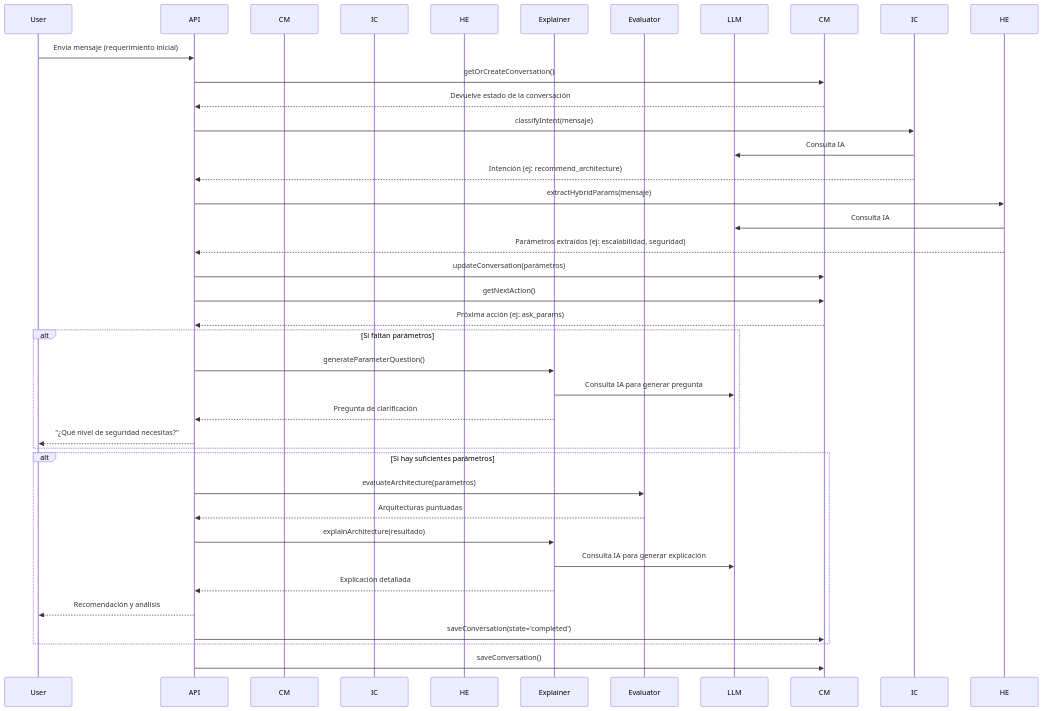
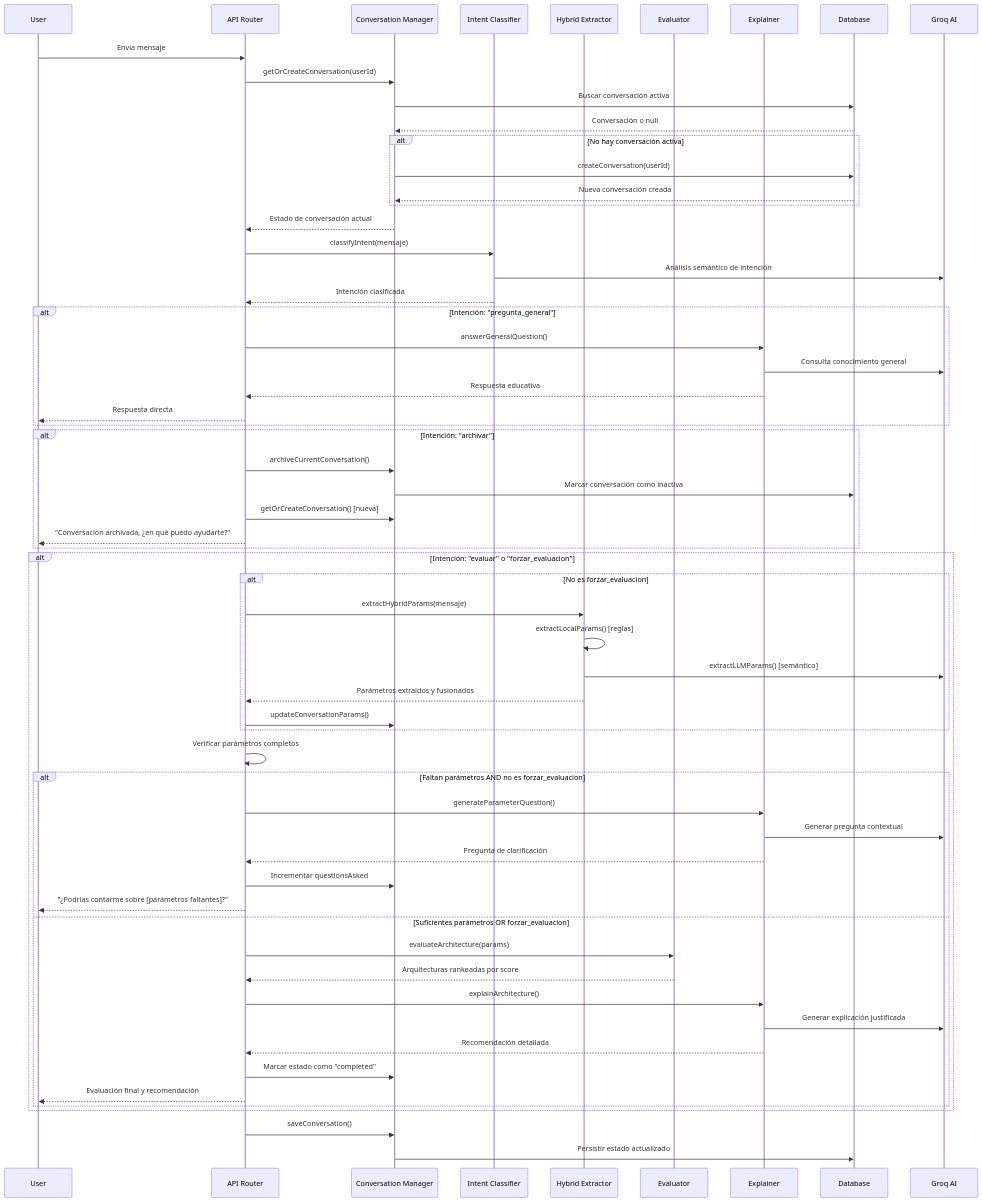
The second of 6 diagrams in README.md (spuentesp/archssistant), drawn with Mermaid before and after one commit. The commit also changed other lines of this file, not shown here.

Commit message:
docs: Update README to enhance clarity on system architecture and conversation management

````diff
--- a/README.md
+++ b/README.md
@@ -66,46 +74,74 @@
 ```mermaid
 sequenceDiagram
     participant User
-    participant API
-    participant ConversationManager as CM
-    participant IntentClassifier as IC
-    participant HybridExtractor as HE
-    participant Explainer
-    participant Evaluator
-    participant LLM
+    participant Router as API Router
+    participant CM as Conversation Manager
+    participant IC as Intent Classifier
+    participant HE as Hybrid Extractor
+    participant EV as Evaluator
+    participant EX as Explainer
+    participant DB as Database
+    participant LLM as Groq AI
 
-    User->>API: Envía mensaje (requerimiento inicial)
-    API->>CM: getOrCreateConversation()
-    CM-->>API: Devuelve estado de la conversación
-
-    API->>IC: classifyIntent(mensaje)
-    IC->>LLM: Consulta IA
-    IC-->>API: Intención (ej: recommend_architecture)
-
-    API->>HE: extractHybridParams(mensaje)
-    HE->>LLM: Consulta IA
-    HE-->>API: Parámetros extraídos (ej: escalabilidad, seguridad)
-
-    API->>CM: updateConversation(parámetros)
-    API->>CM: getNextAction()
-    CM-->>API: Próxima acción (ej: ask_params)
-
-    alt Si faltan parámetros
-        API->>Explainer: generateParameterQuestion()
-        Explainer->>LLM: Consulta IA para generar pregunta
-        Explainer-->>API: Pregunta de clarificación
-        API-->>User: "¿Qué nivel de seguridad necesitas?"
-    end
-
-    alt Si hay suficientes parámetros
-        API->>Evaluator: evaluateArchitecture(parámetros)
-        Evaluator-->>API: Arquitecturas puntuadas
-        API->>Explainer: explainArchitecture(resultado)
-        Explainer->>LLM: Consulta IA para generar explicación
-        Explainer-->>API: Explicación detallada
-        API-->>User: Recomendación y análisis
-        API->>CM: saveConversation(state='completed')
+    User->>Router: Envía mensaje
+    Router->>CM: getOrCreateConversation(userId)
+    CM->>DB: Buscar conversación activa
+    DB-->>CM: Conversación o null
+    
+    alt No hay conversación activa
+        CM->>DB: createConversation(userId)
+        DB-->>CM: Nueva conversación creada
     end
     
-    API->>CM: saveConversation()
+    CM-->>Router: Estado de conversación actual
+
+    Router->>IC: classifyIntent(mensaje)
+    IC->>LLM: Análisis semántico de intención
+    IC-->>Router: Intención clasificada
+    
+    alt Intención: "pregunta_general"
+        Router->>EX: answerGeneralQuestion()
+        EX->>LLM: Consulta conocimiento general
+        EX-->>Router: Respuesta educativa
+        Router-->>User: Respuesta directa
+    end
+    
+    alt Intención: "archivar"
+        Router->>CM: archiveCurrentConversation()
+        CM->>DB: Marcar conversación como inactiva
+        Router->>CM: getOrCreateConversation() [nueva]
+        Router-->>User: "Conversación archivada, ¿en qué puedo ayudarte?"
+    end
+    
+    alt Intención: "evaluar" o "forzar_evaluacion"
+        
+        alt No es forzar_evaluacion
+            Router->>HE: extractHybridParams(mensaje)
+            HE->>HE: extractLocalParams() [reglas]
+            HE->>LLM: extractLLMParams() [semántico]
+            HE-->>Router: Parámetros extraídos y fusionados
+            Router->>CM: updateConversationParams()
+        end
+        
+        Router->>Router: Verificar parámetros completos
+        
+        alt Faltan parámetros AND no es forzar_evaluacion
+            Router->>EX: generateParameterQuestion()
+            EX->>LLM: Generar pregunta contextual
+            EX-->>Router: Pregunta de clarificación
+            Router->>CM: Incrementar questionsAsked
+            Router-->>User: "¿Podrías contarme sobre [parámetros faltantes]?"
+        else Suficientes parámetros OR forzar_evaluacion
+            Router->>EV: evaluateArchitecture(params)
+            EV-->>Router: Arquitecturas rankeadas por score
+            Router->>EX: explainArchitecture()
+            EX->>LLM: Generar explicación justificada
+            EX-->>Router: Recomendación detallada
+            Router->>CM: Marcar estado como "completed"
+            Router-->>User: Evaluación final y recomendación
+        end
+    end
+    
+    Router->>CM: saveConversation()
+    CM->>DB: Persistir estado actualizado
 ```
````
